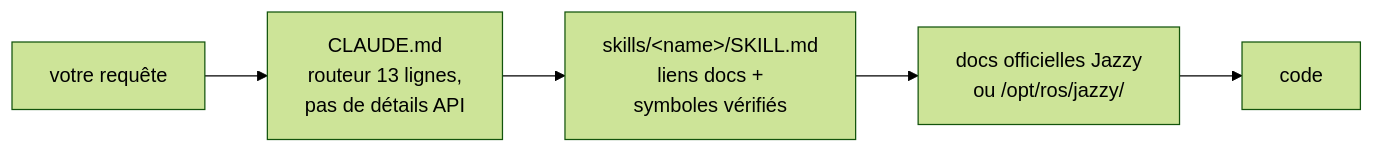
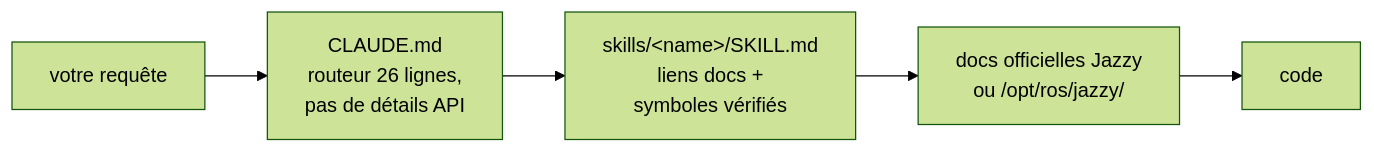
One commit to Leehyunbin0131/claude-ros2-skills changed the diagram in README.fr.md. Above: the diagram before and after it, drawn with Mermaid (forest theme). The commit also changed other lines of this file and 11 other files, not shown here.

````diff
--- a/README.fr.md
+++ b/README.fr.md
@@ -145,7 +145,7 @@
 ```mermaid
 flowchart LR
-    A["votre requête"] --> B["CLAUDE.md<br/>routeur 13 lignes,<br/>pas de détails API"]
+    A["votre requête"] --> B["CLAUDE.md<br/>routeur 26 lignes,<br/>pas de détails API"]
     B --> C["skills/&lt;name&gt;/SKILL.md<br/>liens docs +<br/>symboles vérifiés"]
     C --> D["docs officielles Jazzy<br/>ou /opt/ros/jazzy/"]
     D --> E["code"]
 ```
````
